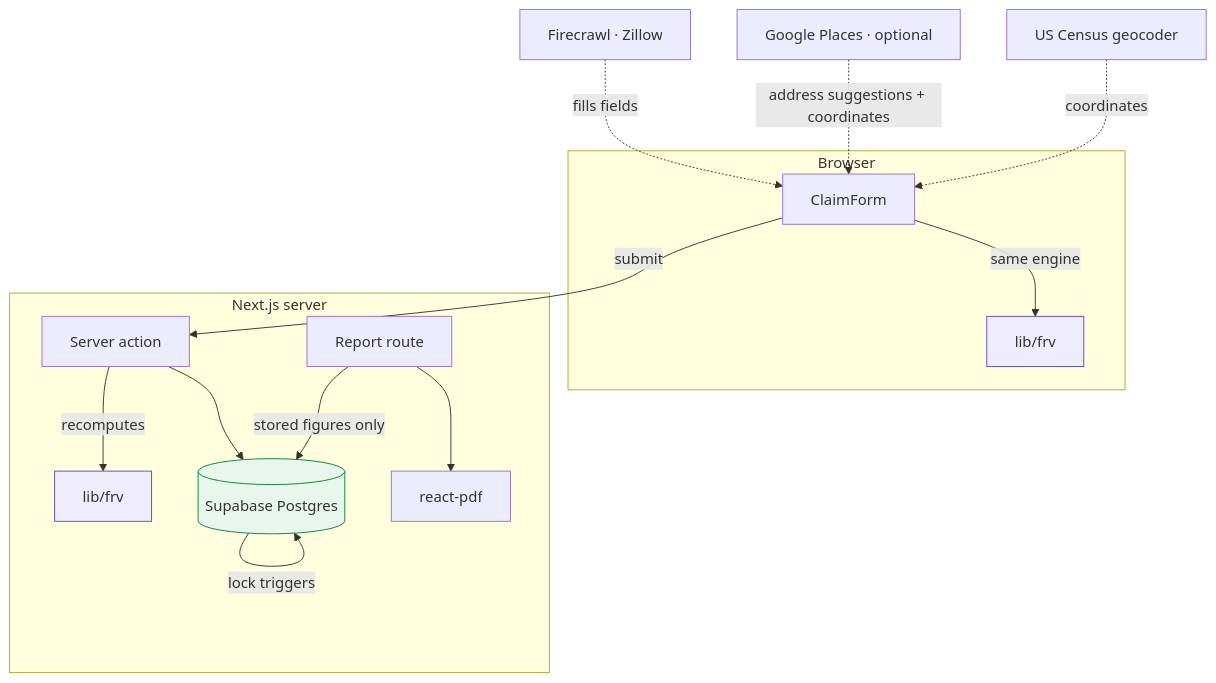
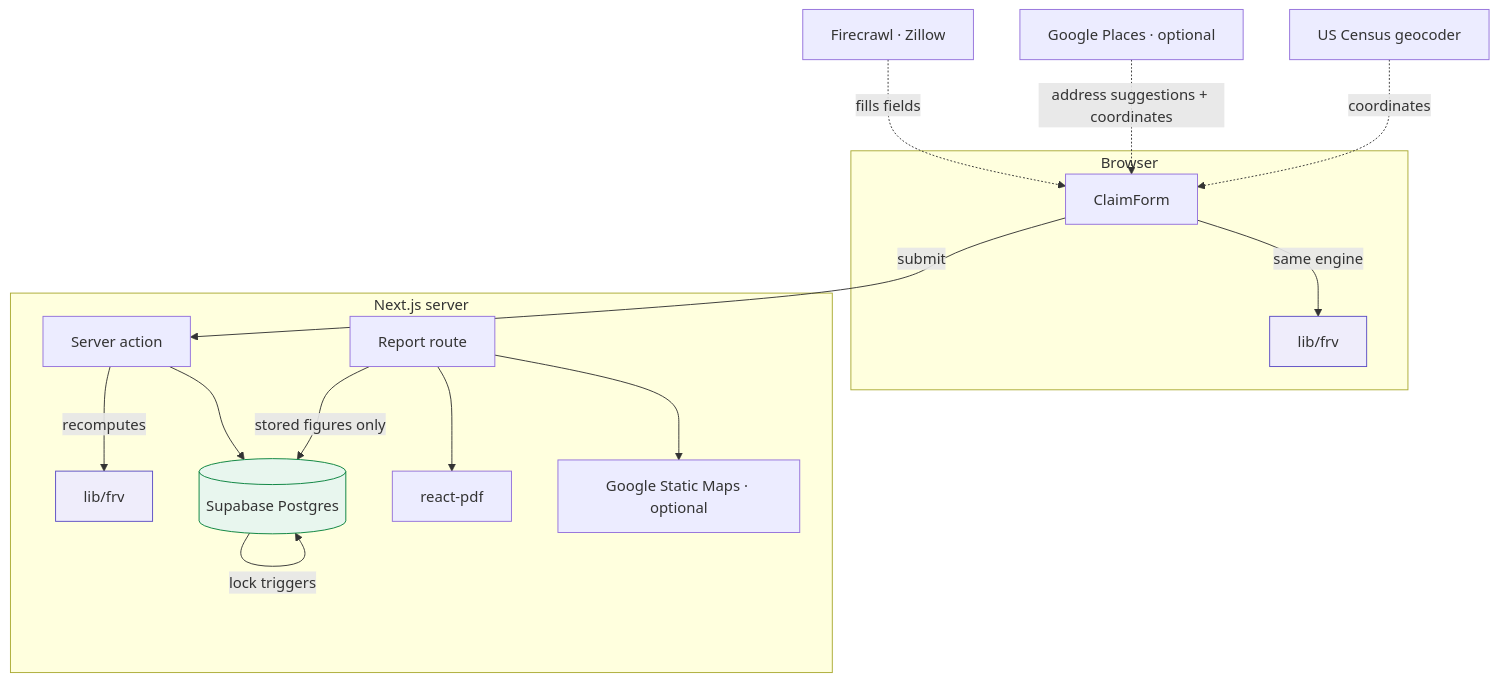
One commit to Novahavens/FRV changed the second of 2 diagrams in README.md. Above: the diagram before and after it, drawn with Mermaid. The commit also changed other lines of this file and 15 other files, not shown here.

````diff
--- a/README.md
+++ b/README.md
@@ -153,21 +204,22 @@
 ```mermaid
 flowchart TB
     subgraph browser [Browser]
         F[ClaimForm] -->|same engine| E1[lib/frv]
     end
     subgraph server [Next.js server]
         A[Server action] -->|recomputes| E2[lib/frv]
         A --> DB[(Supabase Postgres)]
         R[Report route] -->|stored figures only| DB
         R --> PDF[react-pdf]
+        R --> GM[Google Static Maps · optional]
     end
     F -- submit --> A
     FC[Firecrawl · Zillow] -. fills fields .-> F
     GPL[Google Places · optional] -. address suggestions + coordinates .-> F
     GEO[US Census geocoder] -. coordinates .-> F
     DB -- lock triggers --> DB
 
     style E1 fill:#efedfb,stroke:#5b4cc4
     style E2 fill:#efedfb,stroke:#5b4cc4
     style DB fill:#e8f6ee,stroke:#05803b
 ```
````
